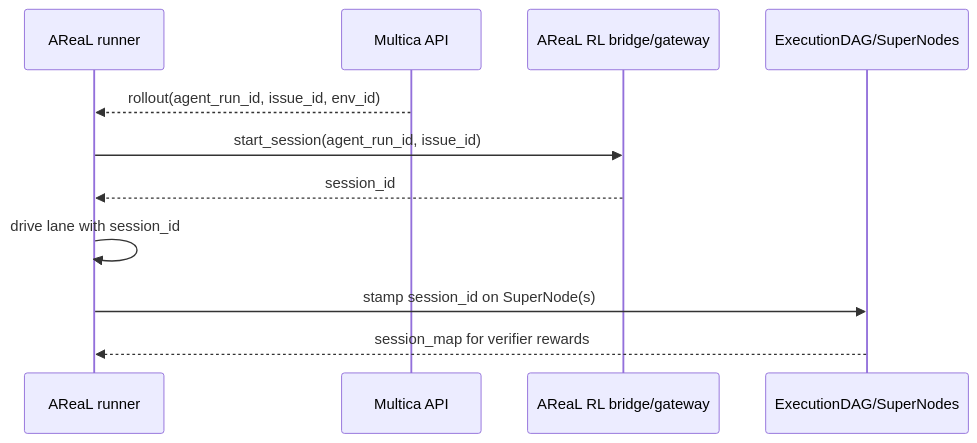
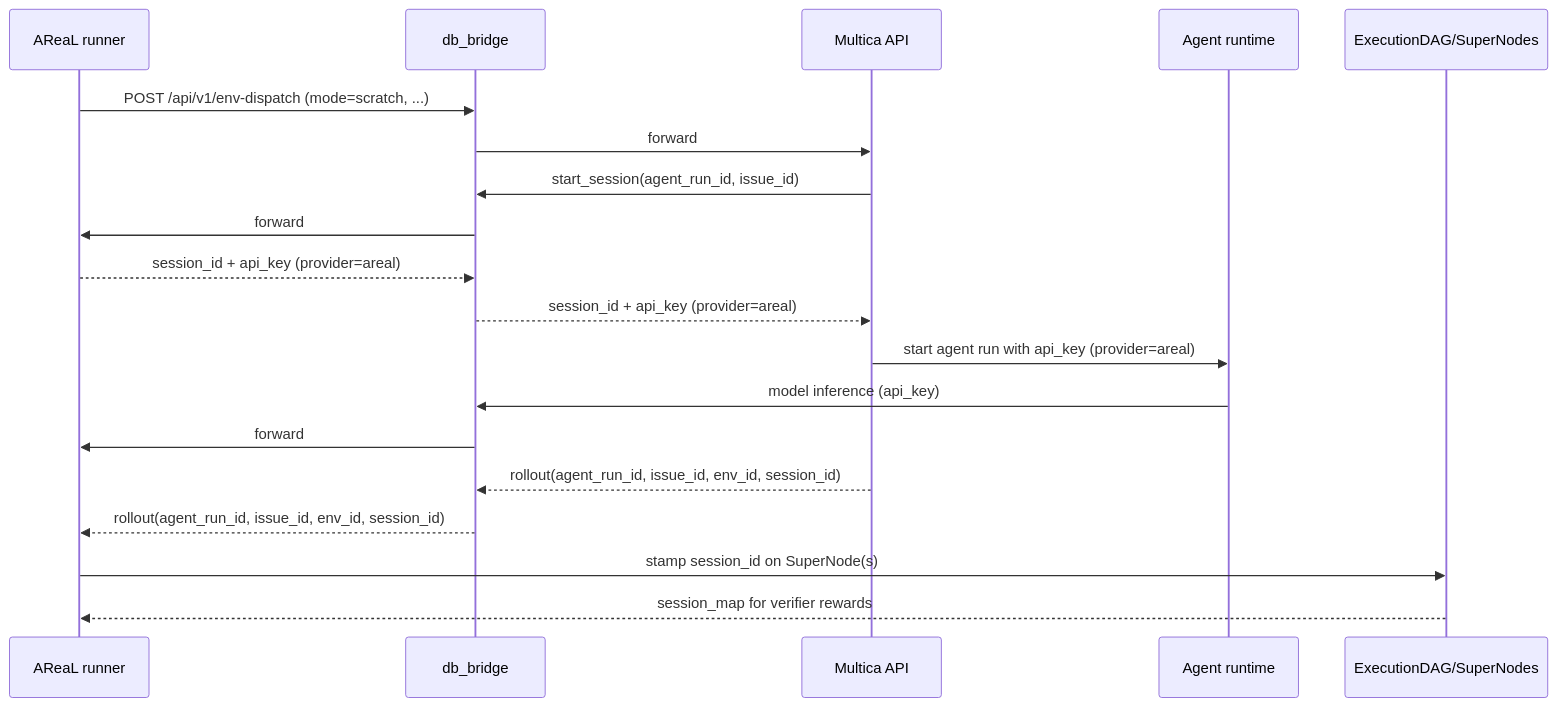
The second of 3 diagrams in customized_areal/tree_search/agents/multica_environment_protocol.md (ketsuzhou/areal-ci), drawn with Mermaid before and after one commit. The commit also changed other lines of this file and 123 other files, not shown here.

````diff
--- a/customized_areal/tree_search/agents/multica_environment_protocol.md
+++ b/customized_areal/tree_search/agents/multica_environment_protocol.md
@@ -140,14 +193,22 @@
 ```mermaid
 sequenceDiagram
     participant A as AReaL runner
+    participant G as db_bridge
     participant M as Multica API
-    participant G as AReaL RL bridge/gateway
+    participant R as Agent runtime
     participant D as ExecutionDAG/SuperNodes
 
-    M-->>A: rollout(agent_run_id, issue_id, env_id)
-    A->>G: start_session(agent_run_id, issue_id)
-    G-->>A: session_id
-    A->>A: drive lane with session_id
+    A->>G: POST /api/v1/env-dispatch (mode=scratch, ...)
+    G->>M: forward
+    M->>G: start_session(agent_run_id, issue_id)
+    G->>A: forward
+    A-->>G: session_id + api_key (provider=areal)
+    G-->>M: session_id + api_key (provider=areal)
+    M->>R: start agent run with api_key (provider=areal)
+    R->>G: model inference (api_key)
+    G->>A: forward
+    M-->>G: rollout(agent_run_id, issue_id, env_id, session_id)
+    G-->>A: rollout(agent_run_id, issue_id, env_id, session_id)
     A->>D: stamp session_id on SuperNode(s)
     D-->>A: session_map for verifier rewards
 ```
````
